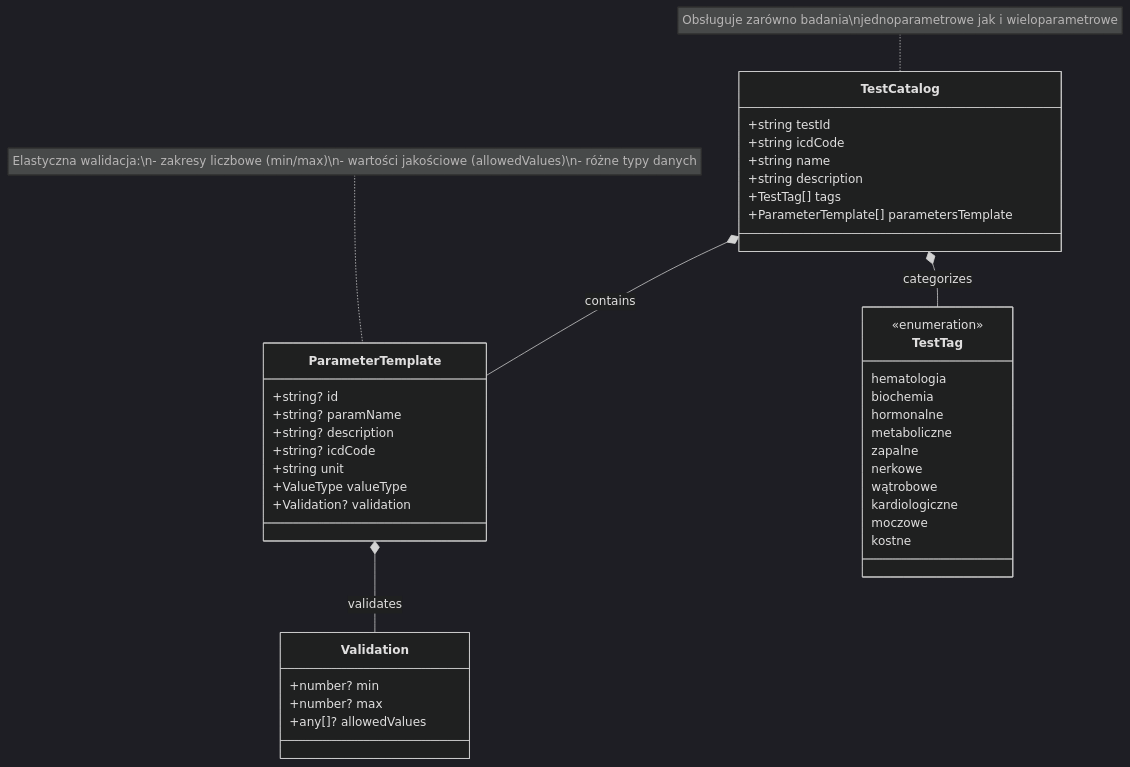
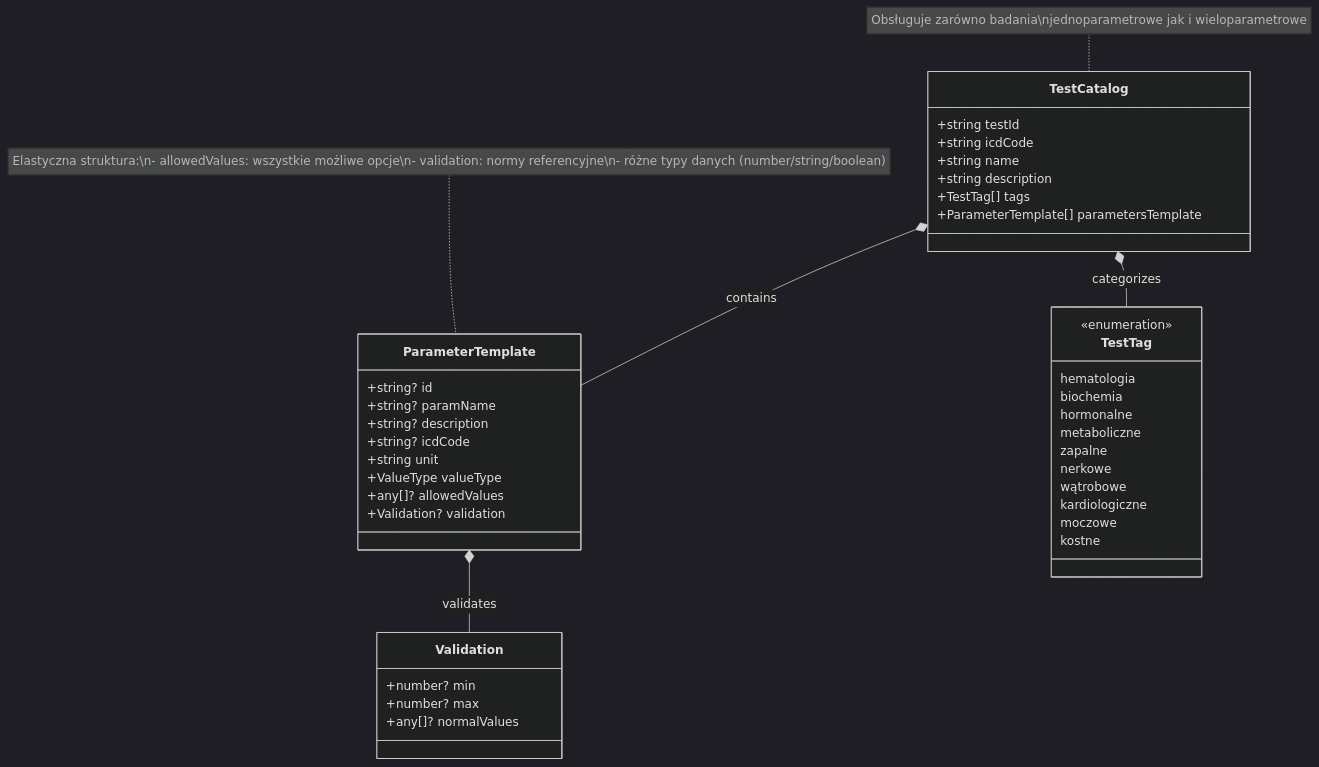
The diagram in docs/domain/domain.md (volago/my-health), drawn with Mermaid (dark theme) before and after one commit. The commit also changed other lines of this file and 2 other files, not shown here.

Commit message:
Update parameter validation structure in documentation and sample data to include 'normalValues' and clarify 'allowedValues' usage

````diff
--- a/docs/domain/domain.md
+++ b/docs/domain/domain.md
@@ -247,48 +254,49 @@
 ```mermaid
 classDiagram
     TestCatalog *-- ParameterTemplate : contains
     TestCatalog *-- TestTag : categorizes
     
     class TestCatalog {
         +string testId
         +string icdCode
         +string name
         +string description
         +TestTag[] tags
         +ParameterTemplate[] parametersTemplate
     }
     
     class ParameterTemplate {
         +string? id
         +string? paramName
         +string? description
         +string? icdCode
         +string unit
         +ValueType valueType
+        +any[]? allowedValues
         +Validation? validation
     }
     
     class Validation {
         +number? min
         +number? max
-        +any[]? allowedValues
+        +any[]? normalValues
     }
     
     class TestTag {
         <<enumeration>>
         hematologia
         biochemia
         hormonalne
         metaboliczne
         zapalne
         nerkowe
         wątrobowe
         kardiologiczne
         moczowe
         kostne
     }
     
     ParameterTemplate *-- Validation : validates
     note for TestCatalog "Obsługuje zarówno badania\njednoparametrowe jak i wieloparametrowe"
-    note for ParameterTemplate "Elastyczna walidacja:\n- zakresy liczbowe (min/max)\n- wartości jakościowe (allowedValues)\n- różne typy danych"
+    note for ParameterTemplate "Elastyczna struktura:\n- allowedValues: wszystkie możliwe opcje\n- validation: normy referencyjne\n- różne typy danych (number/string/boolean)"
 ``` 
````
